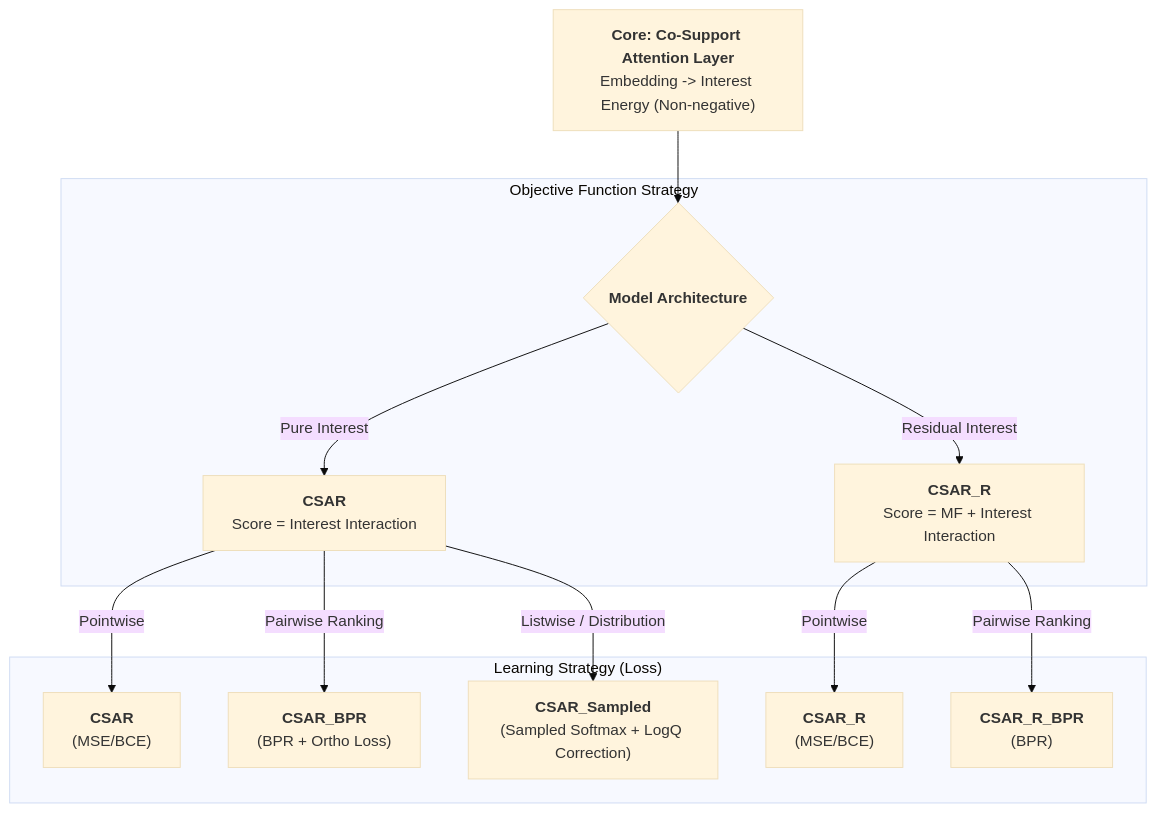
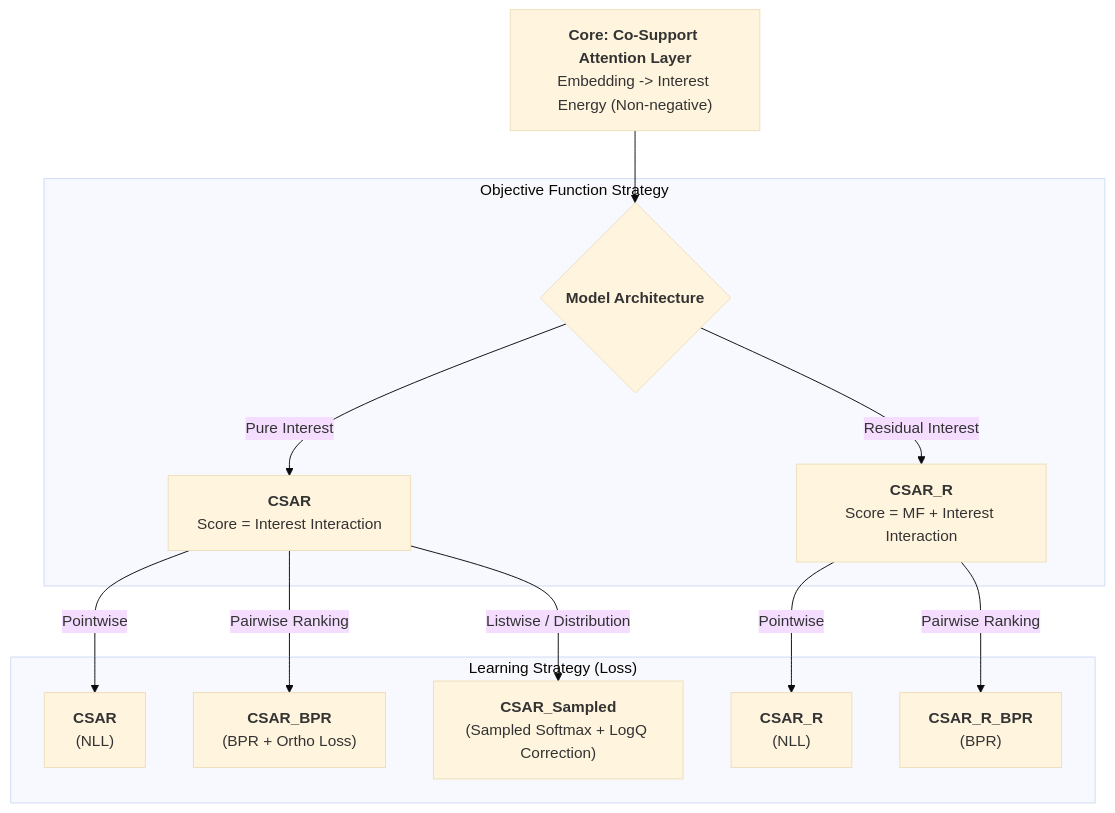
One commit to CREE1116/recsys_framework changed the diagram in csar_models_summary.md. Above: the diagram before and after it, drawn with Mermaid (base theme).

Commit message:
오류수정

````diff
--- a/csar_models_summary.md
+++ b/csar_models_summary.md
@@ -8,19 +8,19 @@
 ```mermaid
 graph TD
     Core["<b>Core: Co-Support Attention Layer</b><br>Embedding -> Interest Energy (Non-negative)"] --> Base
 
     subgraph "Objective Function Strategy"
         Base{"<b>Model Architecture</b>"}
         Base -->|Pure Interest| Pure["<b>CSAR</b><br>Score = Interest Interaction"]
         Base -->|Residual Interest| Res["<b>CSAR_R</b><br>Score = MF + Interest Interaction"]
     end
 
     subgraph "Learning Strategy (Loss)"
-        Pure -->|Pointwise| CSAR_Point["<b>CSAR</b><br>(MSE/BCE)"]
+        Pure -->|Pointwise| CSAR_Point["<b>CSAR</b><br>(NLL)"]
         Pure -->|Pairwise Ranking| BPR["<b>CSAR_BPR</b><br>(BPR + Ortho Loss)"]
         Pure -->|Listwise / Distribution| Sampled["<b>CSAR_Sampled</b><br>(Sampled Softmax + LogQ Correction)"]
 
-        Res -->|Pointwise| CSAR_R_Point["<b>CSAR_R</b><br>(MSE/BCE)"]
+        Res -->|Pointwise| CSAR_R_Point["<b>CSAR_R</b><br>(NLL)"]
         Res -->|Pairwise Ranking| RBPR["<b>CSAR_R_BPR</b><br>(BPR)"]
     end
 ```
````
